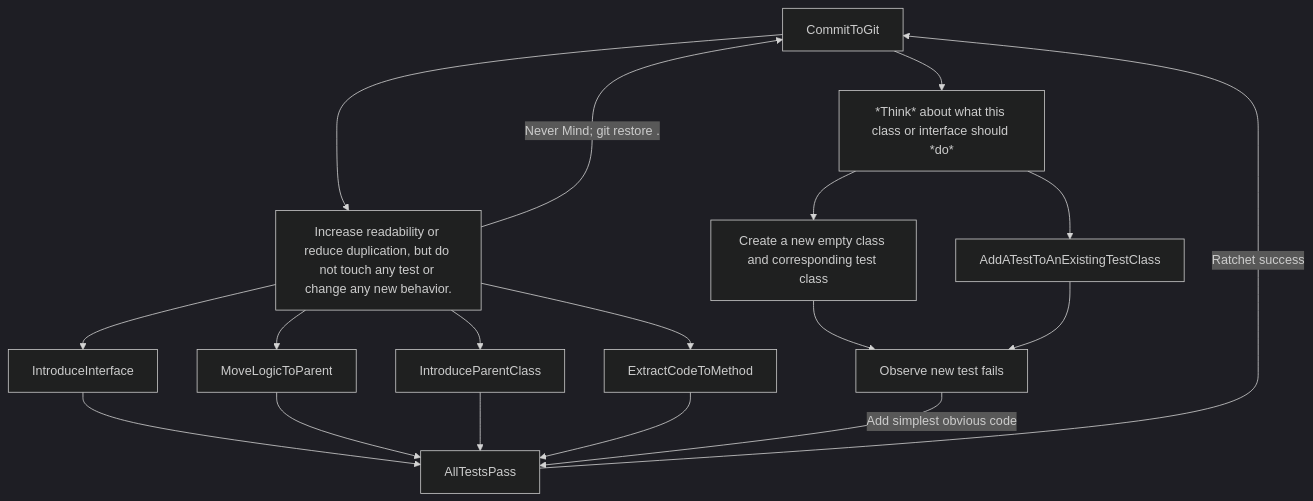
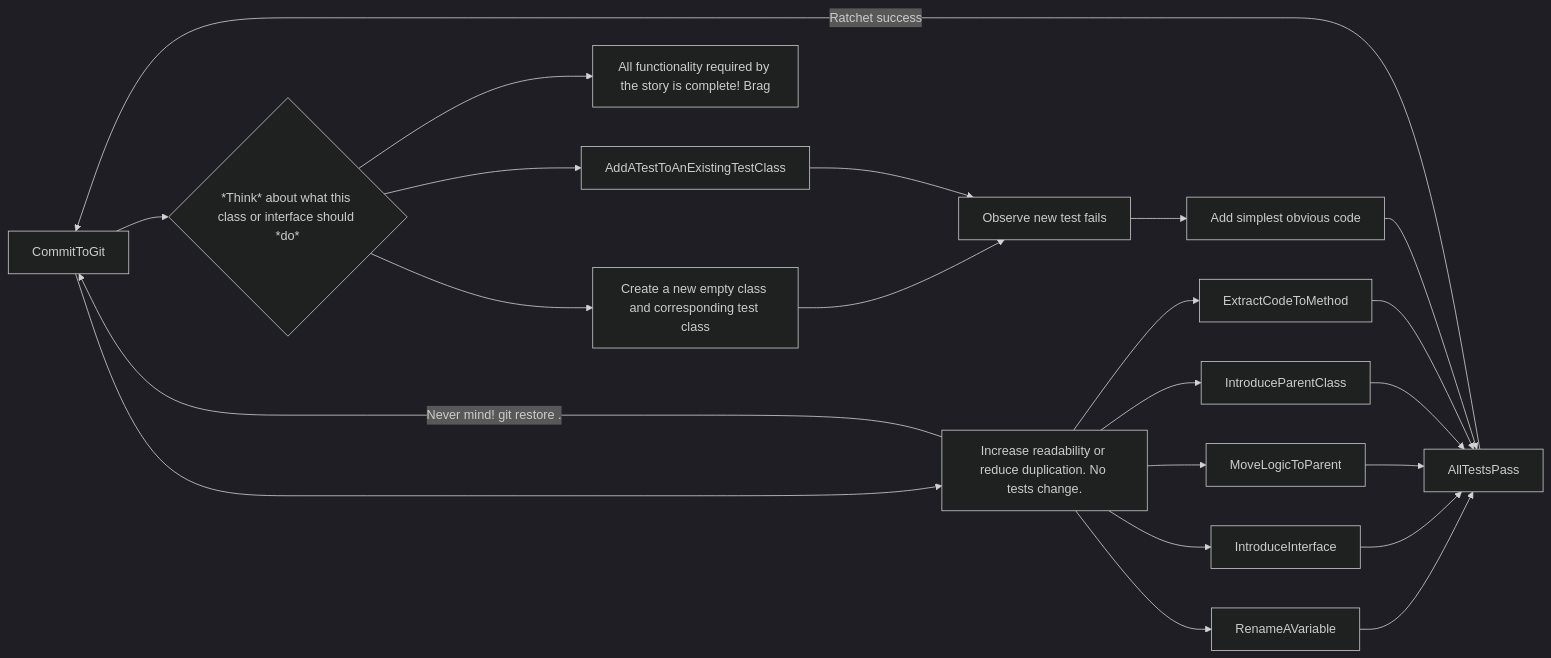
The third of 5 diagrams in README.md (Billy-Spearman-WCCI/RaceCarExtension), drawn with Mermaid (dark theme) before and after one commit.

Commit message:
Improve TDD diagram

````diff
--- a/README.md
+++ b/README.md
@@ -881,20 +881,24 @@
   ```mermaid
-  graph TB;
-  CommitToGit-->Think["*Think* about what this class or interface should *do*"]
+  graph LR;
+  CommitToGit-->Think{"*Think* about what this class or interface should *do*"}
   Think-->CreateANewClass["Create a new empty class and corresponding test class"]
+  Think-->DONE["All functionality required by the story is complete! Brag"]
   CreateANewClass-->AddATest["Observe new test fails"]
   Think-->AddATestToAnExistingTestClass
   AddATestToAnExistingTestClass-->AddATest
   AllTestsPass-->|"Ratchet success"|CommitToGit
-  CommitToGit-->MakeImprovements["Increase readability or reduce duplication, but do not touch any test or change any new behavior."]
-  MakeImprovements-->|"Never Mind; git restore ."|CommitToGit
+  CommitToGit-->MakeImprovements["Increase readability or reduce duplication. No tests change."]
+  MakeImprovements-->RenameAVariable
+  RenameAVariable-->AllTestsPass
   MakeImprovements-->IntroduceInterface
   IntroduceInterface-->AllTestsPass
   MakeImprovements-->MoveLogicToParent
   MoveLogicToParent-->AllTestsPass
   MakeImprovements-->IntroduceParentClass
   IntroduceParentClass-->AllTestsPass
   MakeImprovements-->ExtractCodeToMethod
   ExtractCodeToMethod-->AllTestsPass
-  AddATest-->|"Add simplest obvious code"|AllTestsPass
+  AddATest-->WriteCode["Add simplest obvious code"]
+  WriteCode-->AllTestsPass
+  MakeImprovements-->|"Never mind! git restore ."|CommitToGit
   ```
````
